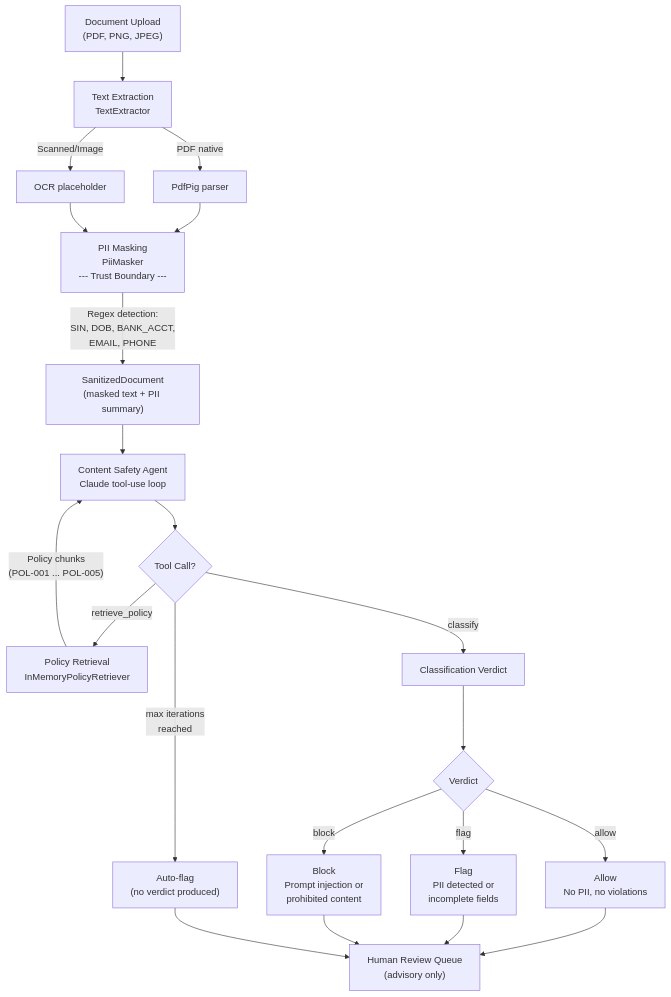
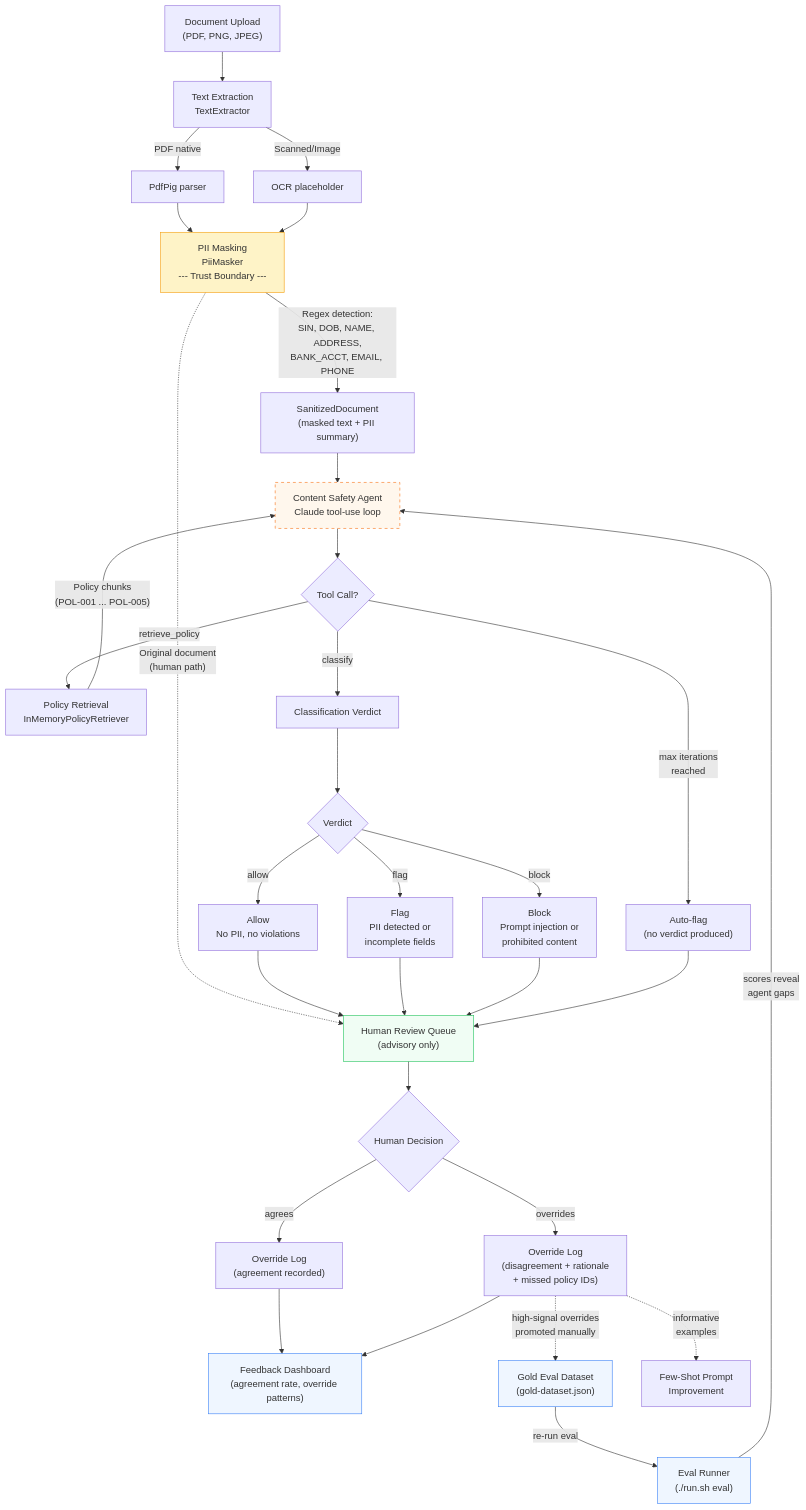
Before and after one commit to adrianwilson/july-2026-ai-americas-cohort-adrian-wilson: the diagram in docs/workflow.md, drawn with Mermaid. The commit also changed 21 other files, not shown here.

First line of the commit message:
Add eval history with run comparison for demo

````diff
--- a/docs/workflow.md
+++ b/docs/workflow.md
@@ -3,31 +3,52 @@
 ```mermaid
 flowchart TD
     A["Document Upload\n(PDF, PNG, JPEG)"] --> B["Text Extraction\nTextExtractor"]
     B -->|PDF native| B1[PdfPig parser]
     B -->|Scanned/Image| B2[OCR placeholder]
     B1 --> C
     B2 --> C
 
     C["PII Masking\nPiiMasker\n--- Trust Boundary ---"]
-    C -->|"Regex detection:\nSIN, DOB, BANK_ACCT,\nEMAIL, PHONE"| D["SanitizedDocument\n(masked text + PII summary)"]
+    C -->|"Regex detection:\nSIN, DOB, NAME, ADDRESS,\nBANK_ACCT, EMAIL, PHONE"| D["SanitizedDocument\n(masked text + PII summary)"]
+
+    C -.->|"Original document\n(human path)"| HQ
 
     D --> E["Content Safety Agent\nClaude tool-use loop"]
 
     E --> F{Tool Call?}
     F -->|retrieve_policy| G["Policy Retrieval\nInMemoryPolicyRetriever"]
     G -->|"Policy chunks\n(POL-001 ... POL-005)"| E
 
     F -->|classify| H["Classification Verdict"]
 
     F -->|"max iterations\nreached"| I["Auto-flag\n(no verdict produced)"]
 
     H --> J{Verdict}
     J -->|allow| K["Allow\nNo PII, no violations"]
     J -->|flag| L["Flag\nPII detected or\nincomplete fields"]
     J -->|block| M["Block\nPrompt injection or\nprohibited content"]
 
-    K --> N["Human Review Queue\n(advisory only)"]
-    L --> N
-    M --> N
-    I --> N
+    K --> HQ["Human Review Queue\n(advisory only)"]
+    L --> HQ
+    M --> HQ
+    I --> HQ
+
+    HQ --> R{Human Decision}
+    R -->|agrees| S["Override Log\n(agreement recorded)"]
+    R -->|overrides| T["Override Log\n(disagreement + rationale\n+ missed policy IDs)"]
+
+    S --> FB["Feedback Dashboard\n(agreement rate, override patterns)"]
+    T --> FB
+    T -.->|"high-signal overrides\npromoted manually"| GD["Gold Eval Dataset\n(gold-dataset.json)"]
+    T -.->|"informative\nexamples"| FP["Few-Shot Prompt\nImprovement"]
+
+    GD -->|"re-run eval"| EVAL["Eval Runner\n(./run.sh eval)"]
+    EVAL -->|"scores reveal\nagent gaps"| E
+
+    style C fill:#fef3c7,stroke:#f59e0b
+    style E fill:#fff7ed,stroke:#f97316,stroke-dasharray: 5 5
+    style HQ fill:#f0fdf4,stroke:#22c55e
+    style FB fill:#eff6ff,stroke:#3b82f6
+    style GD fill:#eff6ff,stroke:#3b82f6
+    style EVAL fill:#eff6ff,stroke:#3b82f6
 ```
````
